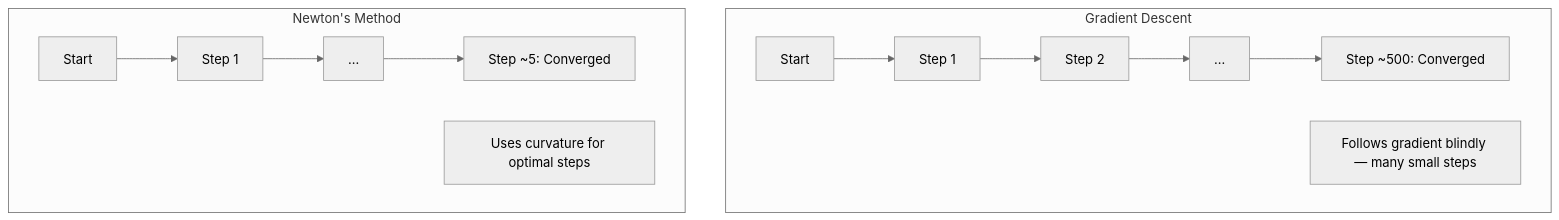
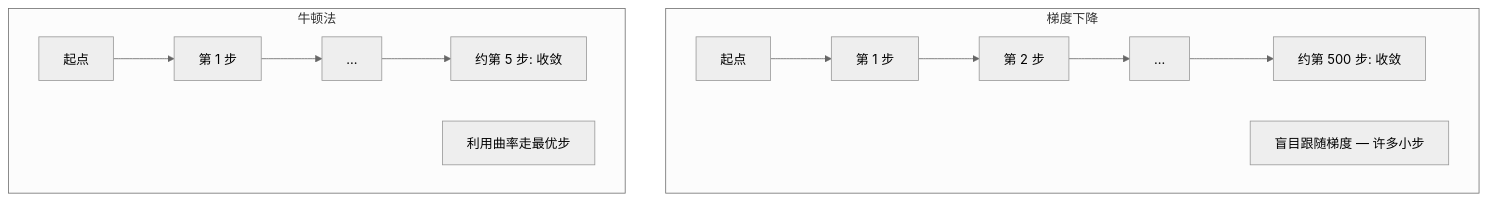
The second of 4 diagrams in phases/01-math-foundations/18-convex-optimization/docs/zh.md (JerryC8080/ai-engineering-from-scratch-zh), drawn with Mermaid (neutral theme) before and after one commit. The commit also changed other lines of this file and 156 other files, not shown here.

First line of the commit message:
i18n(zh): translate mermaid diagram labels in 157 lesson zh.md

````diff
--- a/phases/01-math-foundations/18-convex-optimization/docs/zh.md
+++ b/phases/01-math-foundations/18-convex-optimization/docs/zh.md
@@ -172,16 +172,16 @@
 ```mermaid
 graph TD
-    subgraph "Gradient Descent"
-        GD1["Start"] --> GD2["Step 1"]
-        GD2 --> GD3["Step 2"]
+    subgraph "梯度下降"
+        GD1["起点"] --> GD2["第 1 步"]
+        GD2 --> GD3["第 2 步"]
         GD3 --> GD4["..."]
-        GD4 --> GD5["Step ~500: Converged"]
-        GD_note["Follows gradient blindly — many small steps"]
+        GD4 --> GD5["约第 500 步: 收敛"]
+        GD_note["盲目跟随梯度 — 许多小步"]
     end
-    subgraph "Newton's Method"
-        NM1["Start"] --> NM2["Step 1"]
+    subgraph "牛顿法"
+        NM1["起点"] --> NM2["第 1 步"]
         NM2 --> NM3["..."]
-        NM3 --> NM4["Step ~5: Converged"]
-        NM_note["Uses curvature for optimal steps"]
+        NM3 --> NM4["约第 5 步: 收敛"]
+        NM_note["利用曲率走最优步"]
     end
 ```
````
